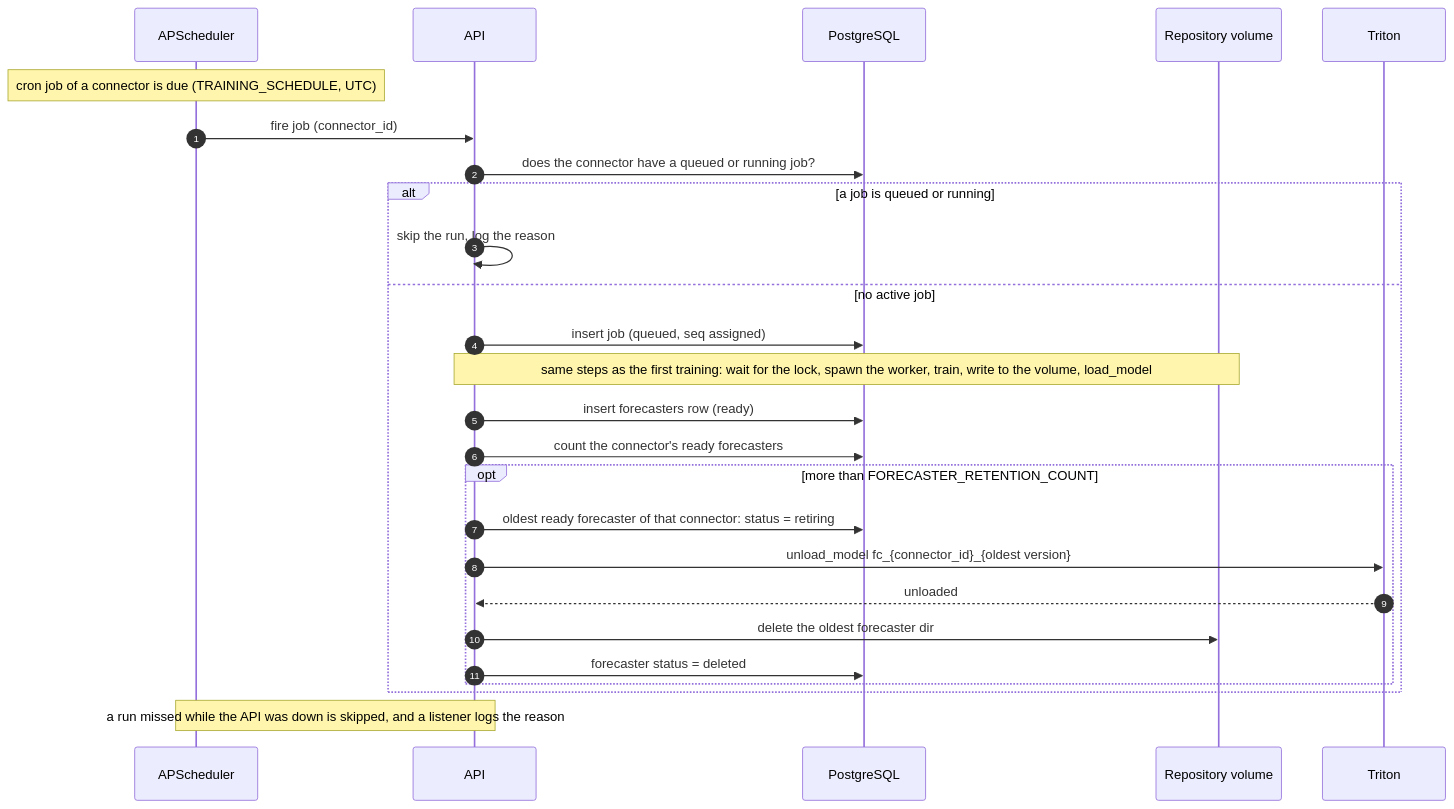
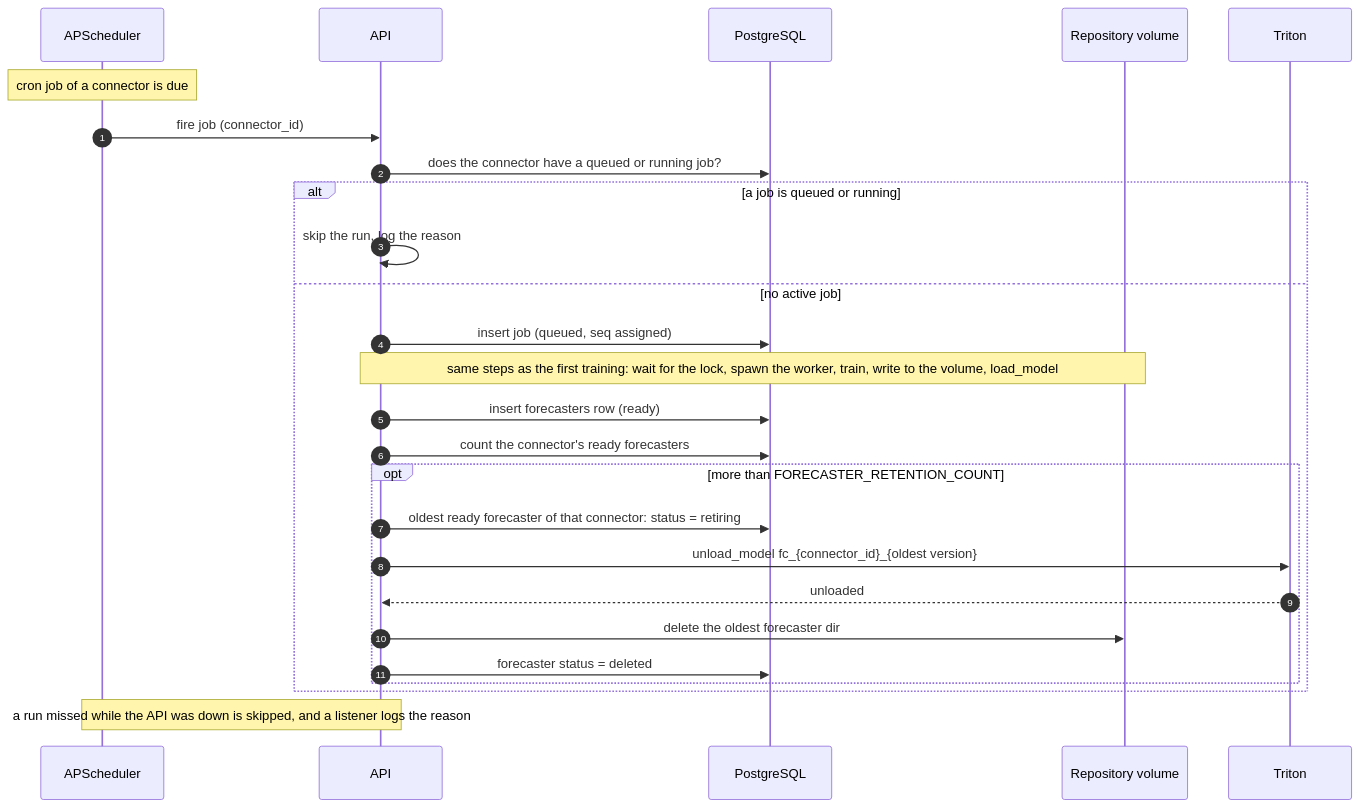
The fourth of 4 diagrams in docs/proposals/forecast_service_proposal.md (IBM/project-ai-services), drawn with Mermaid before and after one commit. The commit also changed other lines of this file, not shown here.

````diff
--- a/docs/proposals/forecast_service_proposal.md
+++ b/docs/proposals/forecast_service_proposal.md
@@ -674,32 +679,32 @@
 ```mermaid
 sequenceDiagram
     autonumber
     participant P as APScheduler
     participant A as API
     participant DB as PostgreSQL
     participant V as Repository volume
     participant T as Triton
 
-    Note over P: cron job of a connector is due (TRAINING_SCHEDULE, UTC)
+    Note over P: cron job of a connector is due
     P->>A: fire job (connector_id)
     A->>DB: does the connector have a queued or running job?
 
     alt a job is queued or running
         A->>A: skip the run, log the reason
     else no active job
         A->>DB: insert job (queued, seq assigned)
         Note over A,V: same steps as the first training: wait for the lock, spawn the worker, train, write to the volume, load_model
         A->>DB: insert forecasters row (ready)
 
         A->>DB: count the connector's ready forecasters
         opt more than FORECASTER_RETENTION_COUNT
             A->>DB: oldest ready forecaster of that connector: status = retiring
             A->>T: unload_model fc_{connector_id}_{oldest version}
             T-->>A: unloaded
             A->>V: delete the oldest forecaster dir
             A->>DB: forecaster status = deleted
         end
     end
 
     Note over P,A: a run missed while the API was down is skipped, and a listener logs the reason
 ```
````
